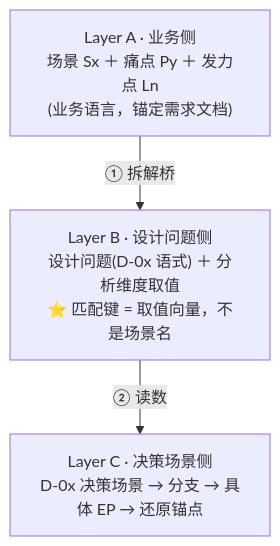
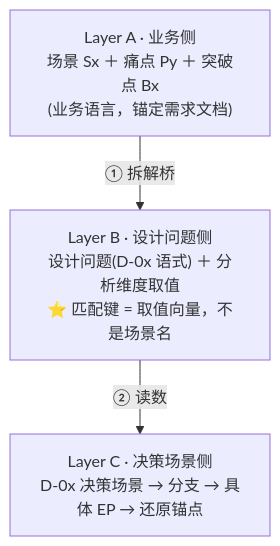
The first of 2 diagrams in 04-workflows-and-cases/横向库承接与场景拆解桥协议.md (wangjue2026/skill-designer-prism), drawn with Mermaid before and after one commit. The commit also changed 37 other files, not shown here.

First line of the commit message:
docs(design-flow): 收敛 1.1/1.2 指南，新增 1.3/1.4 并同步说明书模板与样例

````diff
--- a/04-workflows-and-cases/横向库承接与场景拆解桥协议.md
+++ b/04-workflows-and-cases/横向库承接与场景拆解桥协议.md
@@ -17,5 +17,5 @@
 ```mermaid
 graph TD
-    A["Layer A · 业务侧<br/>场景 Sx ＋ 痛点 Py ＋ 发力点 Ln<br/>(业务语言，锚定需求文档)"] -->|"① 拆解桥"| B["Layer B · 设计问题侧<br/>设计问题(D-0x 语式) ＋ 分析维度取值<br/>⭐ 匹配键 = 取值向量，不是场景名"]
+    A["Layer A · 业务侧<br/>场景 Sx ＋ 痛点 Py ＋ 突破点 Bx<br/>(业务语言，锚定需求文档)"] -->|"① 拆解桥"| B["Layer B · 设计问题侧<br/>设计问题(D-0x 语式) ＋ 分析维度取值<br/>⭐ 匹配键 = 取值向量，不是场景名"]
     B -->|"② 读数"| C["Layer C · 决策场景侧<br/>D-0x 决策场景 → 分支 → 具体 EP → 还原锚点"]
 ```
````
